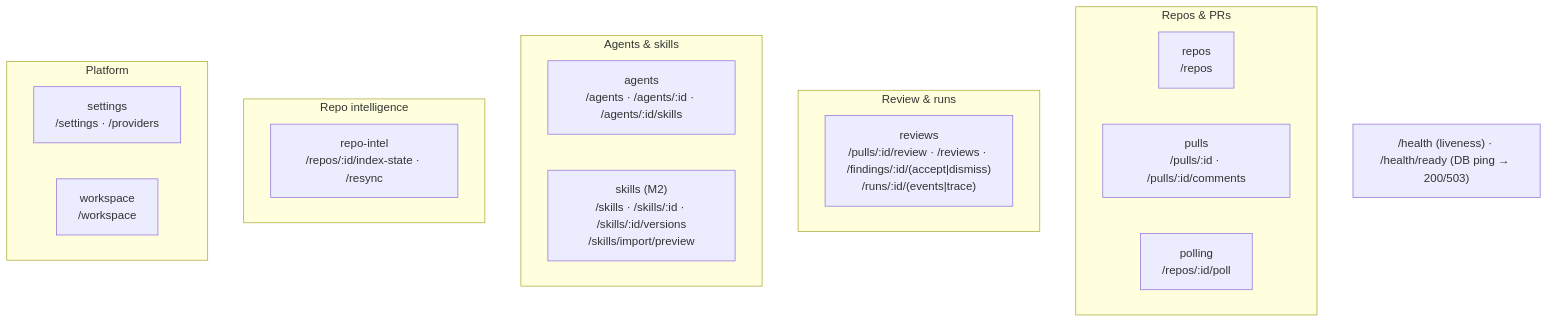
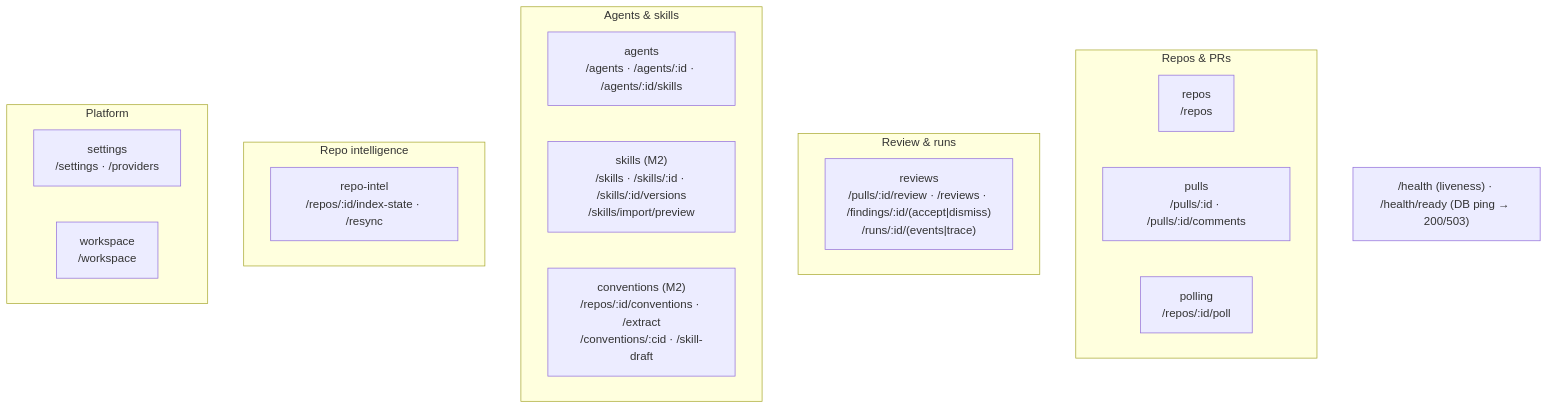
Before and after one commit to EduardPershyn/dev-digest: the second of 2 diagrams in server/README.md, drawn with Mermaid. The commit also changed other lines of this file and 12 other files, not shown here.

First line of the commit message:
docs(conventions): experiment fixture, import sample, e2e flow and docs

````diff
--- a/server/README.md
+++ b/server/README.md
@@ -64,23 +64,24 @@
 ```mermaid
 flowchart TB
   subgraph Repos_PRs["Repos & PRs"]
     repos["repos<br/>/repos"]
     pulls["pulls<br/>/pulls/:id · /pulls/:id/comments"]
     polling["polling<br/>/repos/:id/poll"]
   end
   subgraph Review["Review & runs"]
     reviews["reviews<br/>/pulls/:id/review · /reviews · /findings/:id/(accept|dismiss)<br/>/runs/:id/(events|trace)"]
   end
   subgraph Agents["Agents & skills"]
     agents["agents<br/>/agents · /agents/:id · /agents/:id/skills"]
     skills["skills (M2)<br/>/skills · /skills/:id · /skills/:id/versions<br/>/skills/import/preview"]
+    conventions["conventions (M2)<br/>/repos/:id/conventions · /extract<br/>/conventions/:cid · /skill-draft"]
   end
   subgraph Intel["Repo intelligence"]
     repoIntel["repo-intel<br/>/repos/:id/index-state · /resync"]
   end
   subgraph Platform["Platform"]
     settings["settings<br/>/settings · /providers"]
     workspace["workspace<br/>/workspace"]
   end
   HEALTH["/health (liveness) · /health/ready (DB ping → 200/503)"]
 ```
````
